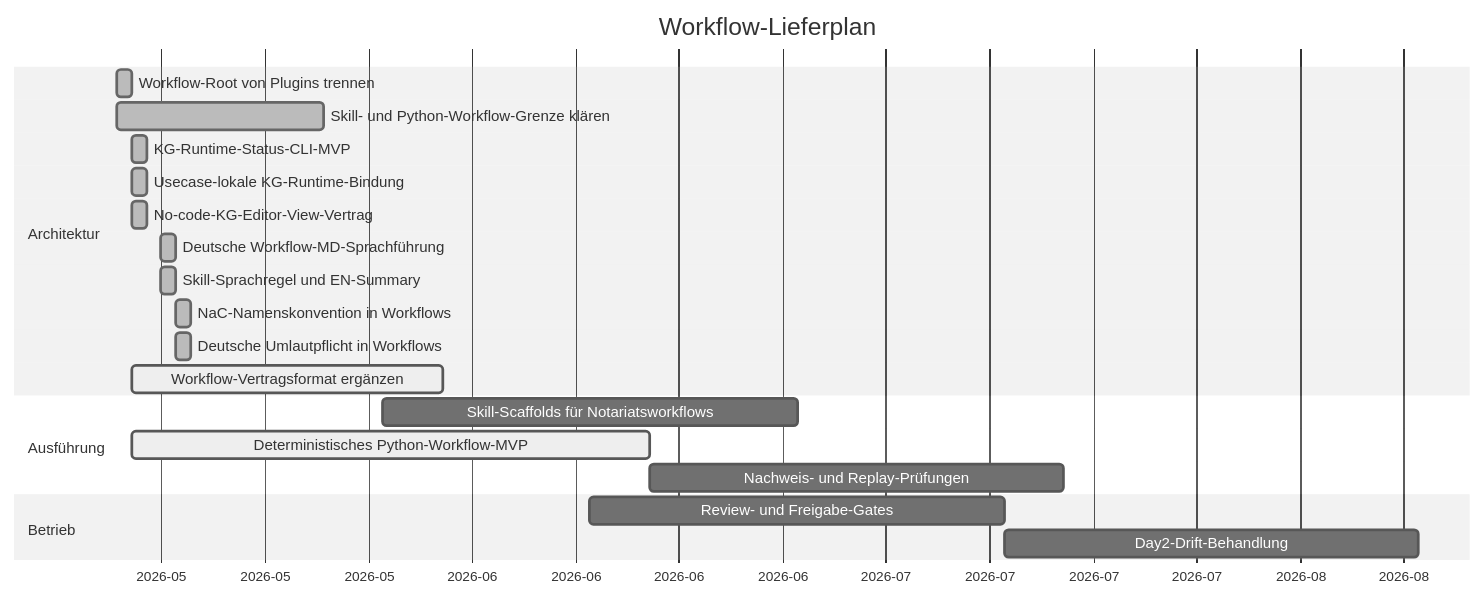
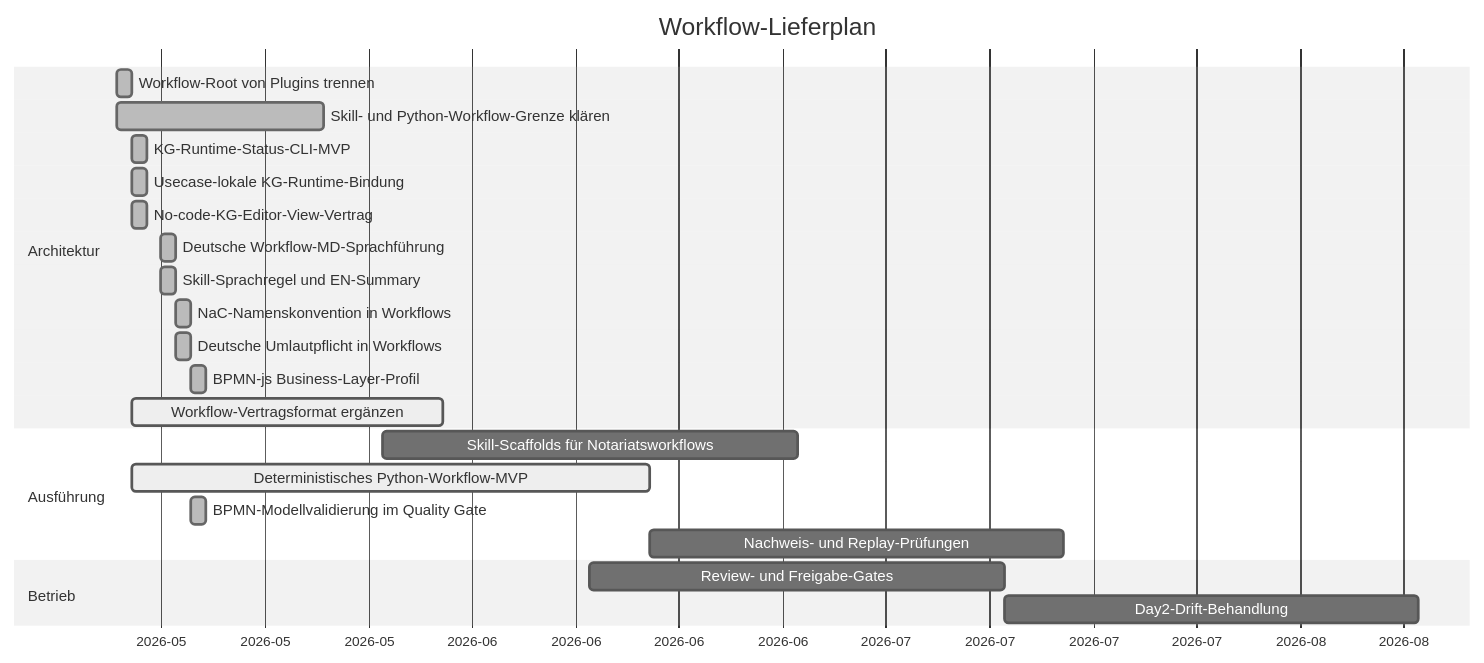
Before and after one commit to notariat8/NaC: the diagram in workflows/GANTT.md, drawn with Mermaid (neutral theme). The commit also changed other lines of this file and 32 other files, not shown here.

Commit message:
Add BPMN-js business layer profile

````diff
--- a/workflows/GANTT.md
+++ b/workflows/GANTT.md
@@ -5,27 +5,29 @@
 ```mermaid
 gantt
     title Workflow-Lieferplan
     dateFormat  YYYY-MM-DD
     axisFormat  %Y-%m
 
     section Architektur
     Workflow-Root von Plugins trennen          :done,   w1, 2026-05-14, 1d
     Skill- und Python-Workflow-Grenze klären  :done,   w2, 2026-05-14, 14d
     KG-Runtime-Status-CLI-MVP                  :done,   w3, 2026-05-15, 1d
     Usecase-lokale KG-Runtime-Bindung          :done,   w3a, 2026-05-15, 1d
     No-code-KG-Editor-View-Vertrag             :done,   w4a, 2026-05-15, 1d
     Deutsche Workflow-MD-Sprachführung        :done,   w4b, 2026-05-17, 1d
     Skill-Sprachregel und EN-Summary            :done,   w4c, 2026-05-17, 1d
     NaC-Namenskonvention in Workflows           :done,   w4d, 2026-05-18, 1d
     Deutsche Umlautpflicht in Workflows         :done,   w4e, 2026-05-18, 1d
+    BPMN-js Business-Layer-Profil               :done,   w4f, 2026-05-19, 1d
     Workflow-Vertragsformat ergänzen          :active, w4, 2026-05-15, 21d
 
     section Ausführung
     Skill-Scaffolds für Notariatsworkflows    :        w5, 2026-06-01, 28d
     Deterministisches Python-Workflow-MVP      :active, w6, 2026-05-15, 35d
+    BPMN-Modellvalidierung im Quality Gate      :done,   w6a, 2026-05-19, 1d
     Nachweis- und Replay-Prüfungen            :        w7, after w6, 28d
 
     section Betrieb
     Review- und Freigabe-Gates                 :        w8, 2026-06-15, 28d
     Day2-Drift-Behandlung                      :        w9, after w8, 28d
 ```
````
